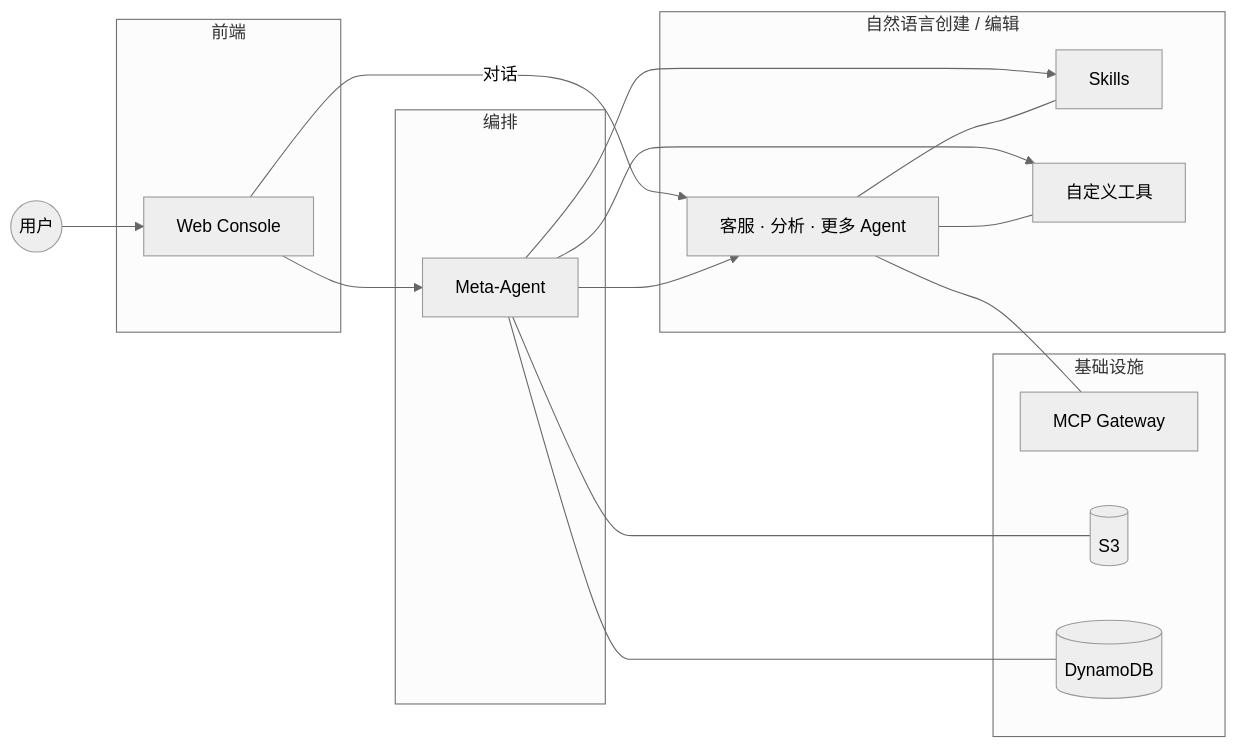
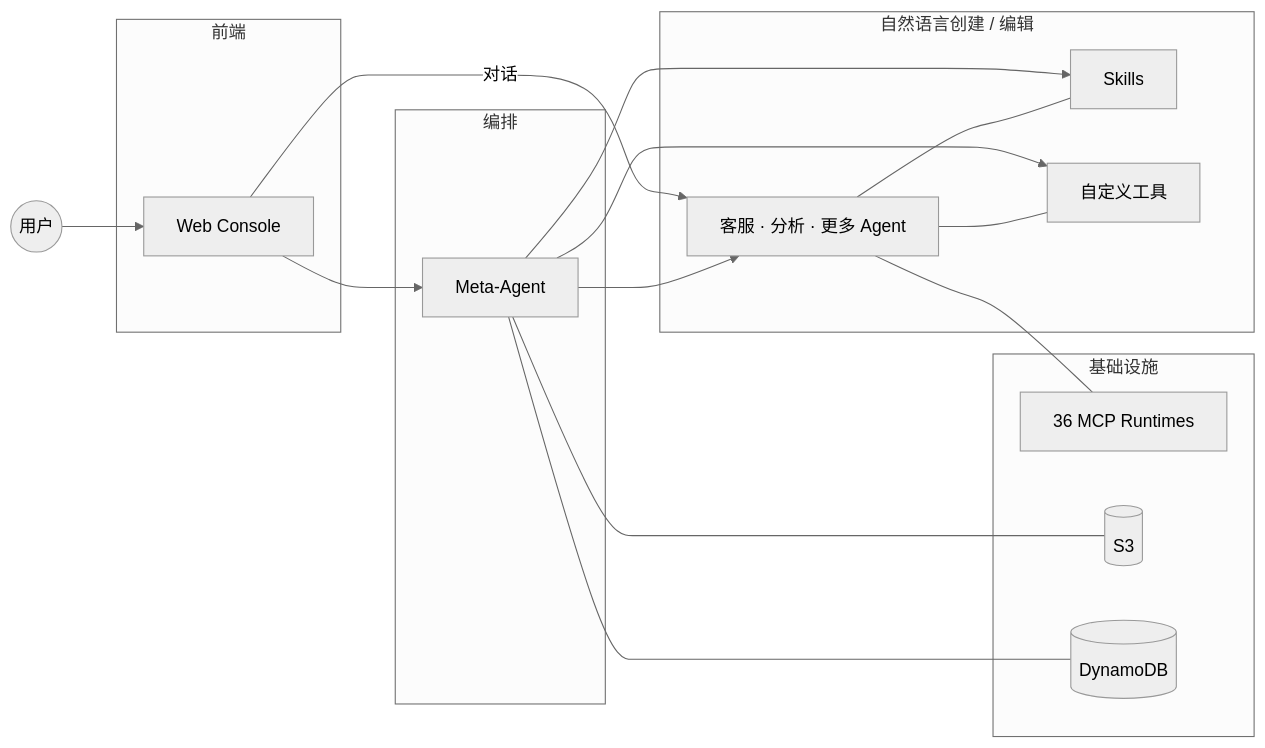
The first of 2 diagrams in README.md (ddpie/agent-studio), drawn with Mermaid (neutral theme) before and after one commit. The commit also changed other lines of this file, not shown here.

Commit message:
docs: update README with MCP marketplace, direct Runtime architecture, deploy scripts

````diff
--- a/README.md
+++ b/README.md
@@ -20,31 +20,31 @@
 ```mermaid
 graph LR
     User((用户))
 
     subgraph 前端
         FE[Web Console]
     end
 
     subgraph 编排
         META[Meta-Agent]
     end
 
     subgraph 自然语言创建 / 编辑
         Agents[客服 · 分析 · 更多 Agent]
         Skills[Skills]
         Tools[自定义工具]
     end
 
     subgraph 基础设施
-        MCP[MCP Gateway]
+        MCP[36 MCP Runtimes]
         S3[(S3)]
         DDB[(DynamoDB)]
     end
 
     User --> FE
     FE --> META
     FE -->|对话| Agents
     META --> Agents & Skills & Tools
     Agents --- Skills & Tools & MCP
     META --- S3 & DDB
 ```
````
